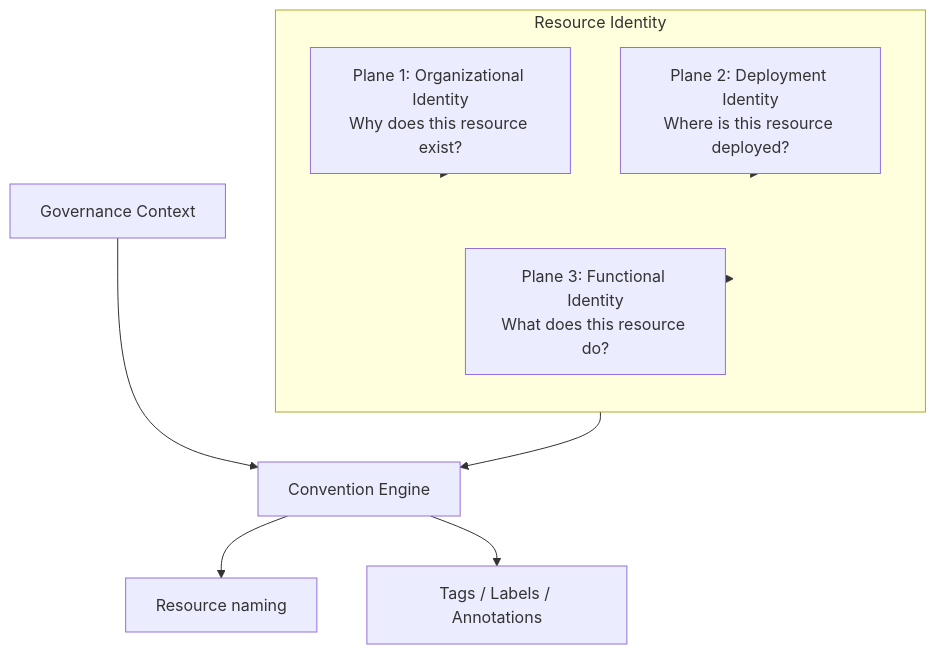
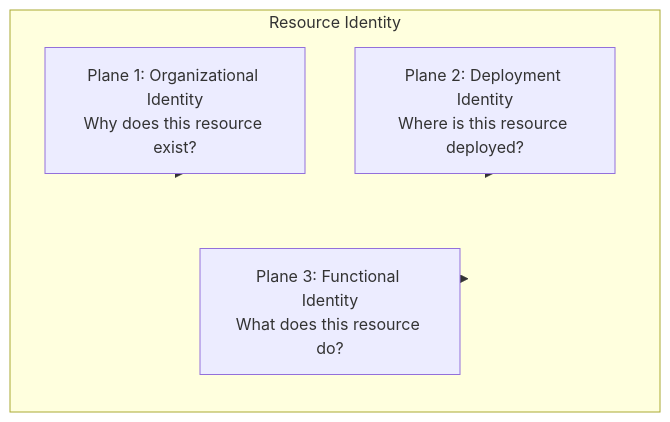
The diagram in specification/resource-identity.md (lksnext/iac-resource-conventions), drawn with Mermaid before and after one commit. The commit also changed other lines of this file and 4 other files, not shown here.

Commit message:
docs(specification): separate governance context into its own specification

````diff
--- a/specification/resource-identity.md
+++ b/specification/resource-identity.md
@@ -151,22 +135,13 @@
 ```mermaid
 flowchart TB
     subgraph RI["Resource Identity"]
         direction TB
         OI["Plane 1: Organizational Identity<br/>Why does this resource exist?"]
         DI["Plane 2: Deployment Identity<br/>Where is this resource deployed?"]
         FI["Plane 3: Functional Identity<br/>What does this resource do?"]
     end
 
-    GC["Governance Context"]
-    CE["Convention Engine"]
-
     OI --> RI
     DI --> RI
     FI --> RI
-
-    RI --> CE
-    GC --> CE
-
-    CE --> Naming["Resource naming"]
-    CE --> Tagging["Tags / Labels / Annotations"]
 ```
````
